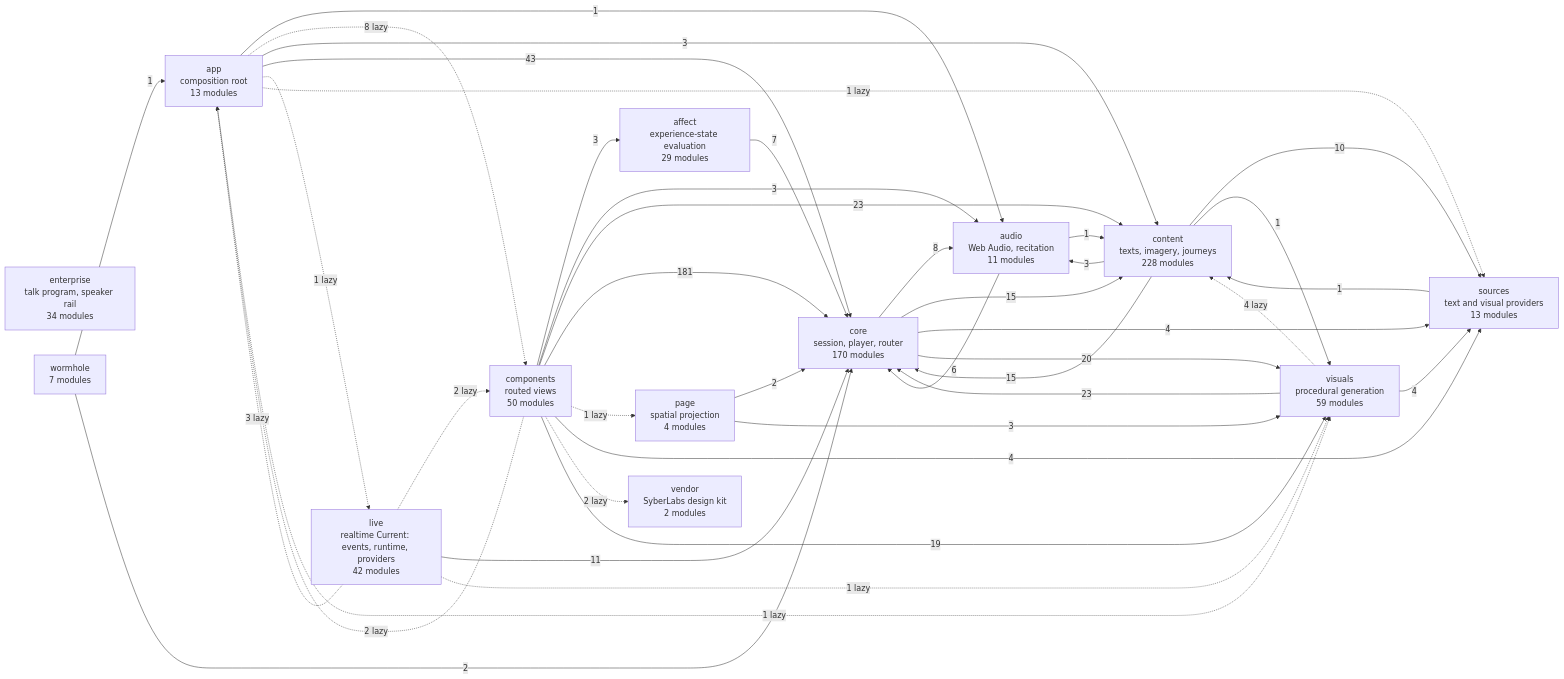
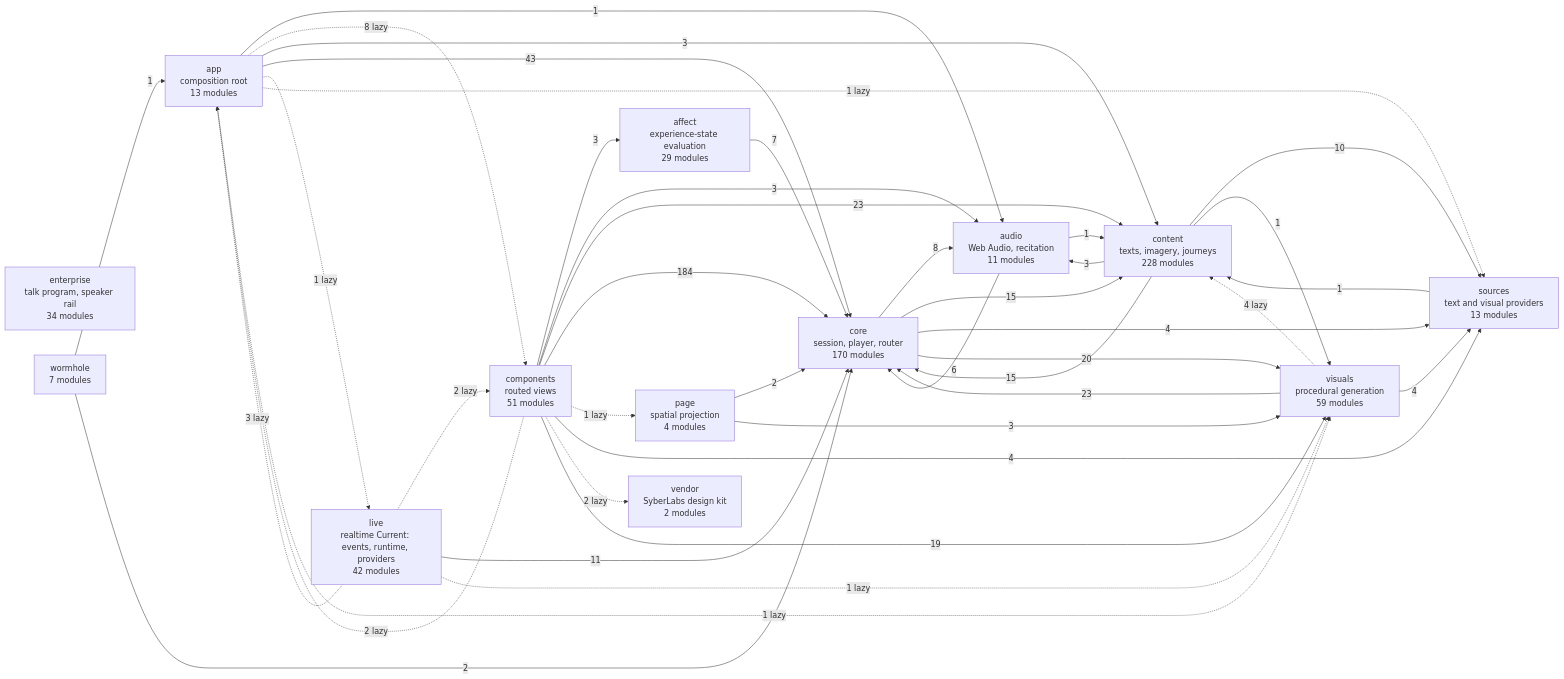
The diagram in docs/specs/ARCHITECTURE.md (SyberLabs/RISE), drawn with Mermaid before and after one commit. The commit also changed 7 other files, not shown here.

````diff
--- a/docs/specs/ARCHITECTURE.md
+++ b/docs/specs/ARCHITECTURE.md
@@ -154,56 +154,56 @@
 ```mermaid
 flowchart LR
     affect["affect<br/>experience-state evaluation<br/>29 modules"]
     app["app<br/>composition root<br/>13 modules"]
     audio["audio<br/>Web Audio, recitation<br/>11 modules"]
-    components["components<br/>routed views<br/>50 modules"]
+    components["components<br/>routed views<br/>51 modules"]
     content["content<br/>texts, imagery, journeys<br/>228 modules"]
     core["core<br/>session, player, router<br/>170 modules"]
     enterprise["enterprise<br/>talk program, speaker rail<br/>34 modules"]
     live["live<br/>realtime Current: events, runtime, providers<br/>42 modules"]
     page["page<br/>spatial projection<br/>4 modules"]
     sources["sources<br/>text and visual providers<br/>13 modules"]
     vendor["vendor<br/>SyberLabs design kit<br/>2 modules"]
     visuals["visuals<br/>procedural generation<br/>59 modules"]
     wormhole["wormhole<br/>7 modules"]
 
     affect --> |7| core
     app --> |1| audio
     app -.-> |8 lazy| components
     app --> |3| content
     app --> |43| core
     app -.-> |1 lazy| live
     app -.-> |1 lazy| sources
     app -.-> |1 lazy| visuals
     audio --> |1| content
     audio --> |6| core
     components --> |3| affect
     components -.-> |2 lazy| app
     components --> |3| audio
     components --> |23| content
-    components --> |181| core
+    components --> |184| core
     components -.-> |1 lazy| page
     components --> |4| sources
     components -.-> |2 lazy| vendor
     components --> |19| visuals
     content --> |3| audio
     content --> |15| core
     content --> |10| sources
     content --> |1| visuals
     core --> |8| audio
     core --> |15| content
     core --> |4| sources
     core --> |20| visuals
     live -.-> |3 lazy| app
     live -.-> |2 lazy| components
     live --> |11| core
     live -.-> |1 lazy| visuals
     page --> |2| core
     page --> |3| visuals
     sources --> |1| content
     visuals -.-> |4 lazy| content
     visuals --> |23| core
     visuals --> |4| sources
     wormhole --> |1| app
     wormhole --> |2| core
 ```
````
